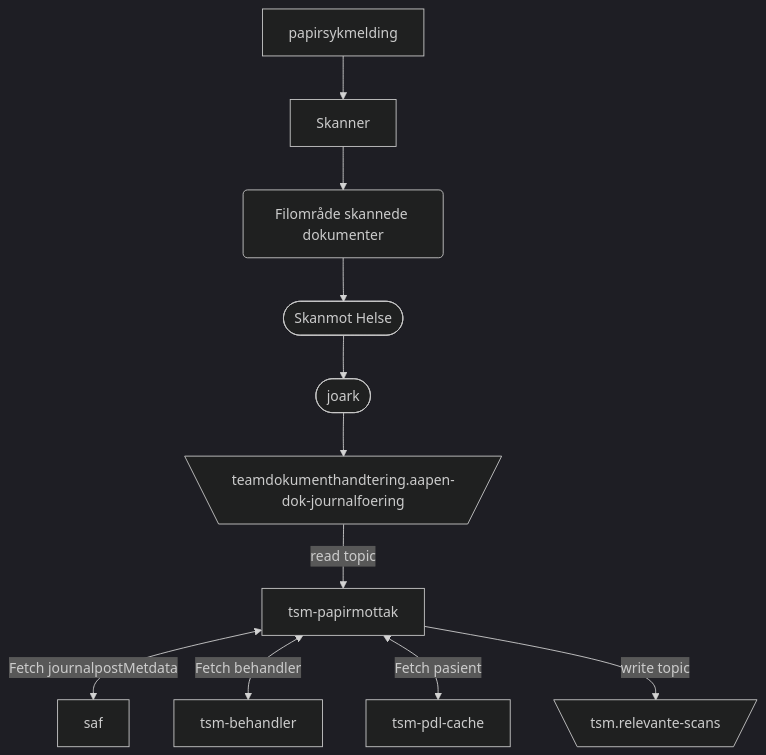
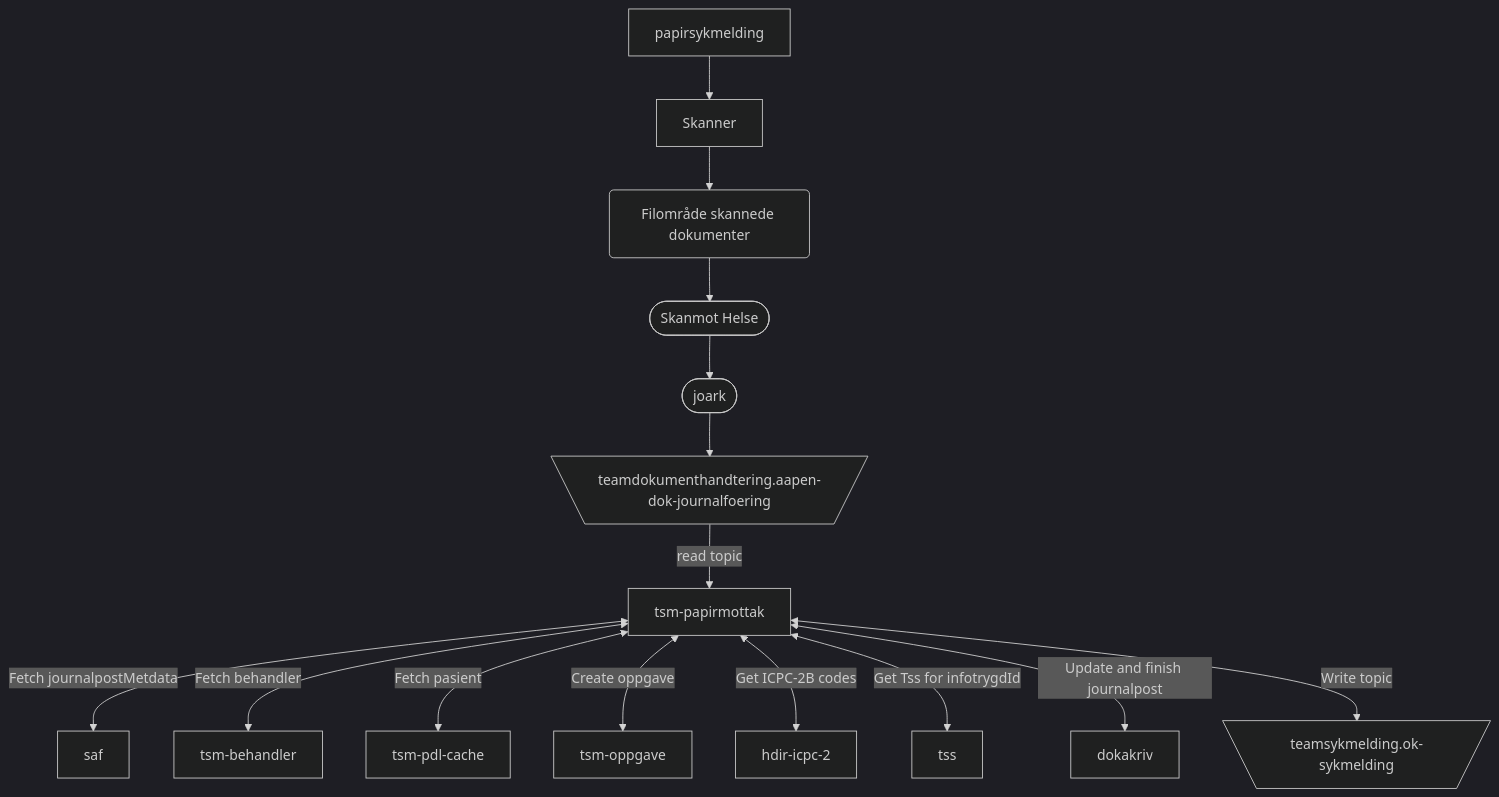
One commit to navikt/tsm-papirmottak changed the diagram in README.md. Above: the diagram before and after it, drawn with Mermaid (dark theme).

Commit message:
chore: updated FlowChart

````diff
--- a/README.md
+++ b/README.md
@@ -7,13 +7,18 @@
 ```mermaid
   graph TD
     papirsykmelding --> Skanner
     Skanner --> id1(Filområde skannede dokumenter)
     id1(Filområde skannede dokumenter) --> id2([Skanmot Helse])
     id2([Skanmot Helse]) --> id3([joark])
     id3([joark]) --> A[\teamdokumenthandtering.aapen-dok-journalfoering/]
     A[\teamdokumenthandtering.aapen-dok-journalfoering/] --> |read topic| id4[tsm-papirmottak]
     id4[tsm-papirmottak] <--> |Fetch journalpostMetdata| id5[saf]
     id4[tsm-papirmottak] <--> |Fetch behandler| id6[tsm-behandler]
     id4[tsm-papirmottak] <--> |Fetch pasient| id7[tsm-pdl-cache]
-    id4[tsm-papirmottak] --> |write topic| C[\tsm.relevante-scans/]
+    id4[tsm-papirmottak] <--> |Create oppgave| id8[tsm-oppgave]
+    id4[tsm-papirmottak] <--> |Get ICPC-2B codes| id9[hdir-icpc-2]
+    id4[tsm-papirmottak] <--> |Get Tss for infotrygdId| id10[tss]
+    id4[tsm-papirmottak] <--> |Update and finish journalpost| id11[dokakriv]
+    id4[tsm-papirmottak] <--> |Write topic| C[\teamsykmelding.ok-sykmelding
+/]
 ```
````
